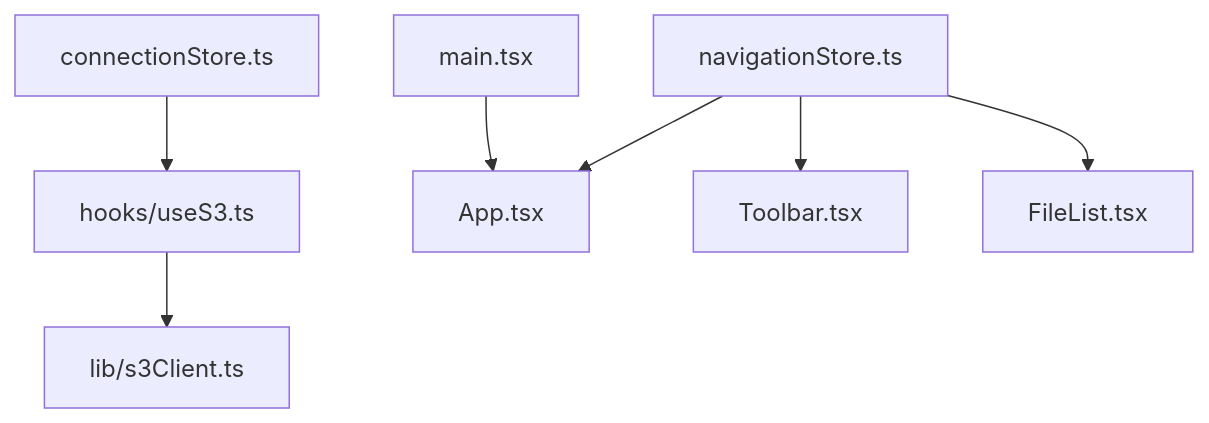
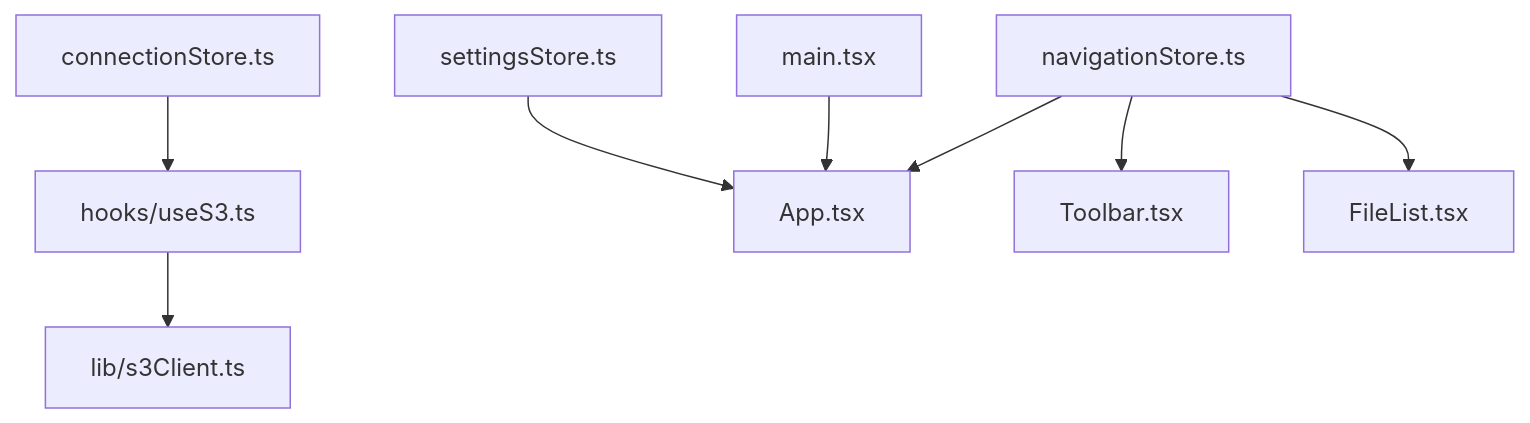
Before and after one commit to nasrulhadi/s3-explorer: the ninth of 9 diagrams in .qoder/repowiki/en/content/Core Features/State Management.md, drawn with Mermaid. The commit also changed other lines of this file and 26 other files, not shown here.

````diff
--- a/.qoder/repowiki/en/content/Core Features/State Management.md
+++ b/.qoder/repowiki/en/content/Core Features/State Management.md
@@ -373,9 +467,10 @@
 ```mermaid
 graph TB
 CS["connectionStore.ts"] --> US3["hooks/useS3.ts"]
 NS["navigationStore.ts"] --> APP["App.tsx"]
 NS --> TOOLBAR["Toolbar.tsx"]
 NS --> FILELIST["FileList.tsx"]
+SS["settingsStore.ts"] --> APP
 US3 --> S3C["lib/s3Client.ts"]
 MAIN["main.tsx"] --> APP
 ```
````
